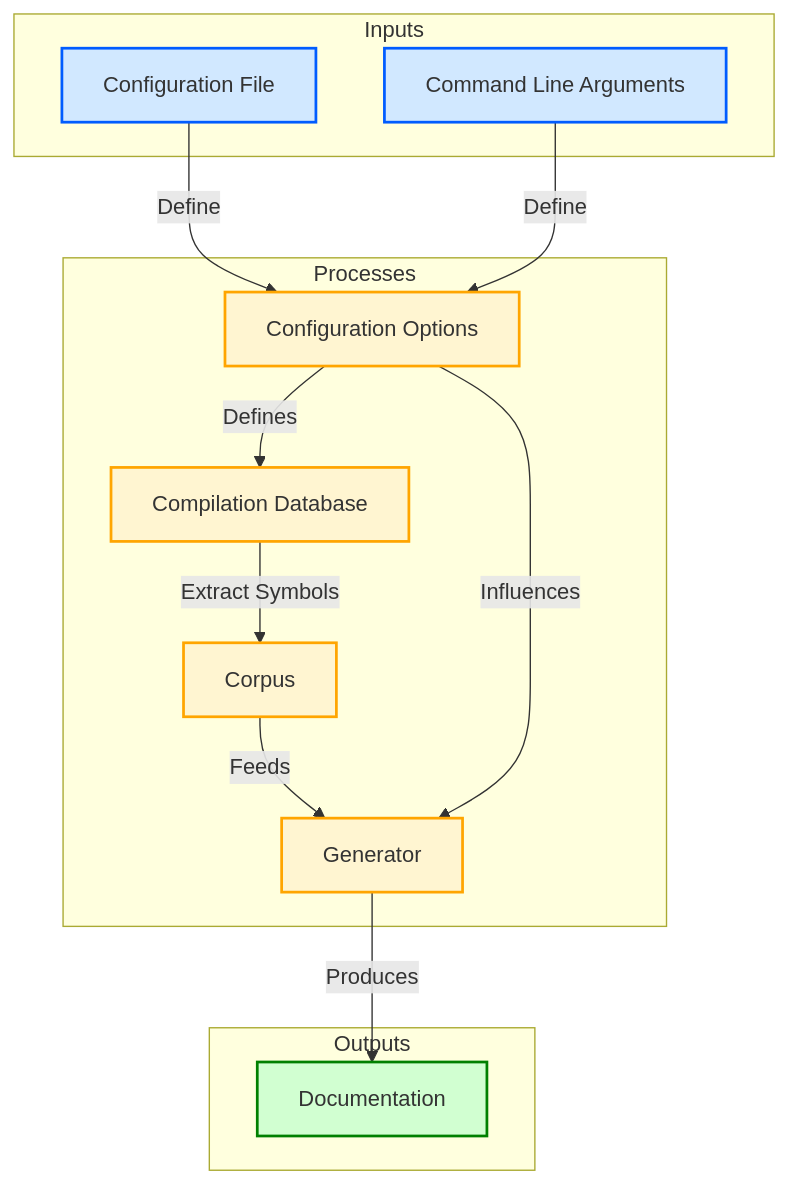
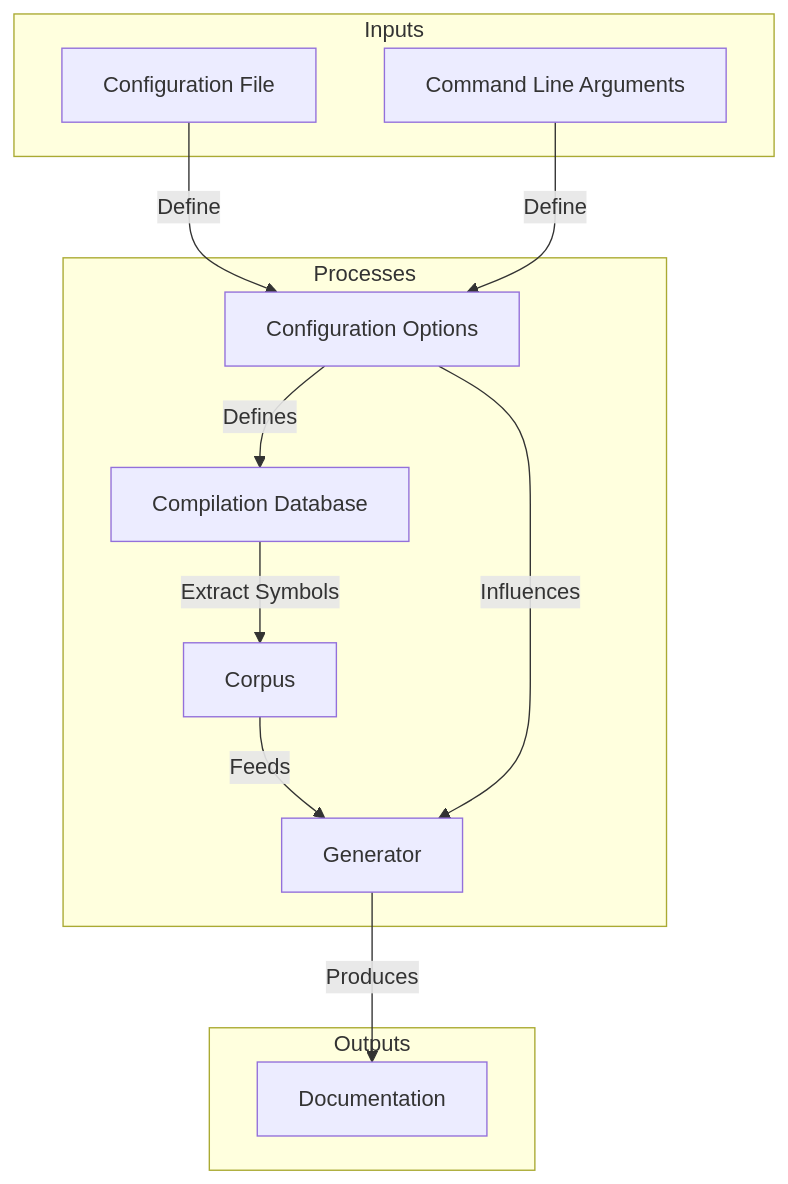
One commit to cppalliance/mrdocs changed the diagram in docs/modules/ROOT/partials/workflow.adoc. Above: the diagram before and after it, drawn with Mermaid. The commit also changed 95 other files, not shown here.

```diff
--- a/docs/modules/ROOT/partials/workflow.adoc
+++ b/docs/modules/ROOT/partials/workflow.adoc
@@ -2,42 +2,37 @@
 [mermaid, height="calc(min(100cqi, 615.89px) * 860 / 615.89)"]
 ....
 graph TD
-  %% Define styles for visual clarity
-  classDef input fill:#D1E8FF,stroke:#005CFF,stroke-width:2;
-  classDef artifact fill:#FFF5D1,stroke:#FFA500,stroke-width:2;
-  classDef output fill:#D1FFD1,stroke:#008000,stroke-width:2;
 
   %% Define Inputs
   subgraph Inputs
     CF[Configuration File]
     CL[Command Line Arguments]
   end
   class CL,CF input
 
   %% Define Artifacts
   subgraph Processes
     P[Configuration Options]
     CD[Compilation Database]
     C[Corpus]
     G[Generator]
   end
-  class P artifact
-  class CD,C,G artifact
+  class P,CD,C,G stage
 
   %% Define Outputs
   subgraph Outputs
     D[Documentation]
   end
   class D output
 
   %% Relationships
   CF -->|Define| P
   CL -->|Define| P
   P -->|Defines| CD
   CD -->|Extract Symbols| C
   C -->|Feeds| G
   G -->|Produces| D
 
   %% Highlight dependencies for clarity
   P -->|Influences| G
 ....
```
